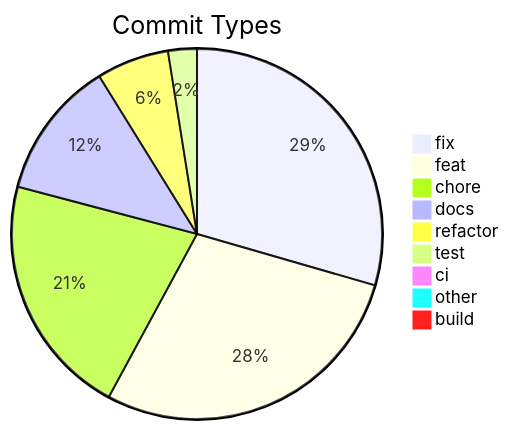
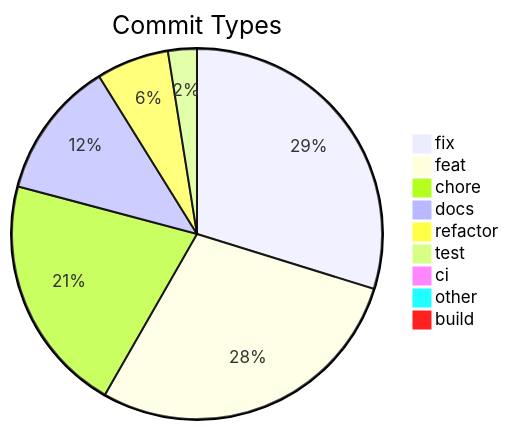
Before and after one commit to svenroth-ai/shipwright: the diagram in .shipwright/compliance/change-history.md, drawn with Mermaid. The commit also changed other lines of this file and 9 other files, not shown here.

````diff
--- a/.shipwright/compliance/change-history.md
+++ b/.shipwright/compliance/change-history.md
@@ -10,12 +10,12 @@
 ```mermaid
 pie title Commit Types
-    "fix" : 364
+    "fix" : 367
     "feat" : 351
-    "chore" : 262
-    "docs" : 149
+    "chore" : 257
+    "docs" : 148
     "refactor" : 78
     "test" : 31
     "ci" : 11
     "other" : 9
     "build" : 1
 ```
````
